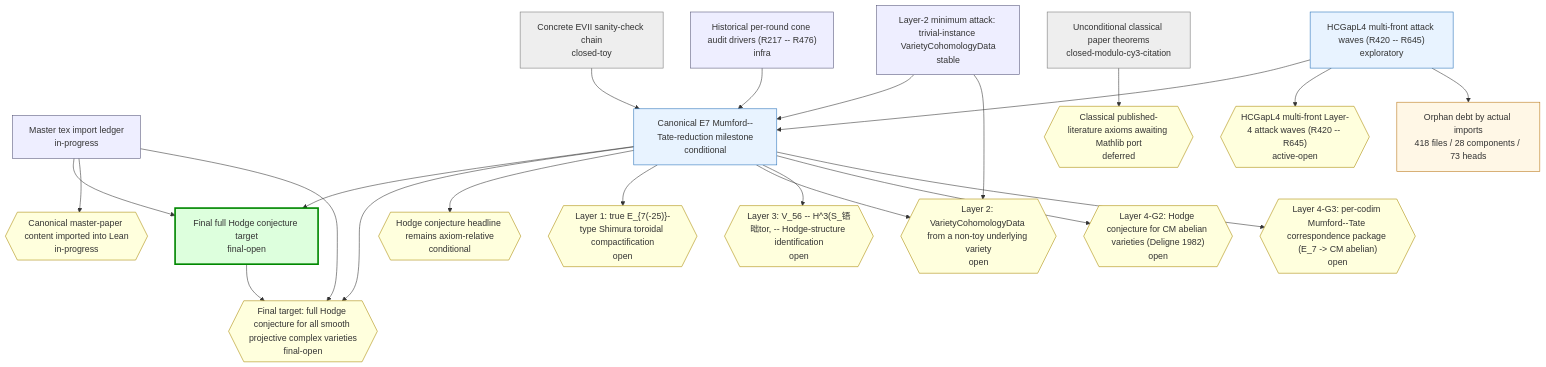
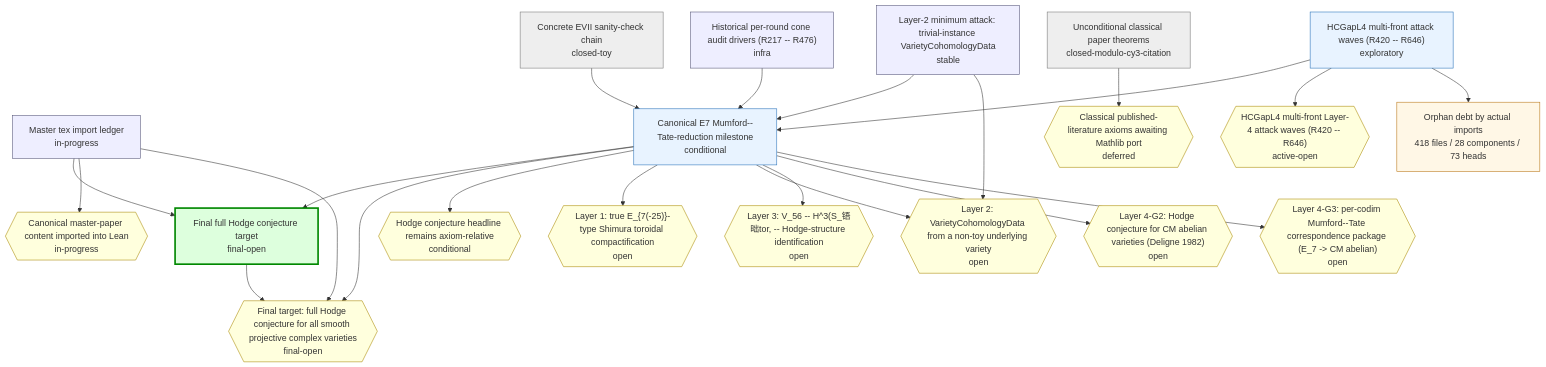
Before and after one commit to crabsatellite/hodge-conjecture-lean4-formalization: the first of 2 diagrams in chain-status/research-map.md, drawn with Mermaid. The commit also changed other lines of this file and 11 other files, not shown here.

````diff
--- a/chain-status/research-map.md
+++ b/chain-status/research-map.md
@@ -46,54 +46,54 @@
 ```mermaid
 graph TD
   classDef main fill:#dfd,stroke:#080,stroke-width:3px
   classDef active fill:#e8f3ff,stroke:#2670b8
   classDef support fill:#eef,stroke:#557
   classDef closed fill:#eee,stroke:#777
   classDef dead fill:#fdd,stroke:#a00,stroke-width:2px
   classDef gapOpen fill:#ffd,stroke:#a80
   classDef gapClosed fill:#eee,stroke:#777
   classDef gapDead fill:#fdd,stroke:#a00
   classDef debt fill:#fff7e6,stroke:#b87514
   classDef debtTaxonomy fill:#e8f3ff,stroke:#2670b8,stroke-dasharray:3 3
   classDef debtRule fill:#eefbea,stroke:#398439,stroke-dasharray:3 3
   classDef debtDead fill:#fdd,stroke:#a00,stroke-dasharray:3 3
   chain_full_hc_final_target["Final full Hodge conjecture target\nfinal-open"]:::main
   chain_master_paper_import_ledger["Master tex import ledger\nin-progress"]:::support
   chain_main_hc_axiom_relative["Canonical E7 Mumford--Tate-reduction milestone\nconditional"]:::active
   chain_unconditional_classical["Unconditional classical paper theorems\nclosed-modulo-cy3-citation"]:::closed
   chain_hcgap_l2_trivial_instances["Layer-2 minimum attack: trivial-instance VarietyCohomologyData\nstable"]:::support
-  chain_hcgap_l4_multifront_active["HCGapL4 multi-front attack waves (R420 -- R645)\nexploratory"]:::active
+  chain_hcgap_l4_multifront_active["HCGapL4 multi-front attack waves (R420 -- R646)\nexploratory"]:::active
   chain_concrete_evii_toy["Concrete EVII sanity-check chain\nclosed-toy"]:::closed
   chain_historical_cone_audits["Historical per-round cone audit drivers (R217 -- R476)\ninfra"]:::support
   gap_G_full_hc{{"Final target: full Hodge conjecture for all smooth projective complex varieties\nfinal-open"}}:::gapOpen
   gap_G_master_paper_import{{"Canonical master-paper content imported into Lean\nin-progress"}}:::gapOpen
   gap_G_main_hc{{"Hodge conjecture headline remains axiom-relative\nconditional"}}:::gapOpen
   gap_G_l1_e7_shimura_tor{{"Layer 1: true E_{7(-25)}-type Shimura toroidal compactification\nopen"}}:::gapOpen
   gap_G_l2_cohomology_construction{{"Layer 2: VarietyCohomologyData from a non-toy underlying variety\nopen"}}:::gapOpen
   gap_G_l3_v56_mt_identification{{"Layer 3: V_56 -- H^3(S_铻昢tor, -- Hodge-structure identification\nopen"}}:::gapOpen
   gap_G_l4_cm_abelian_hc{{"Layer 4-G2: Hodge conjecture for CM abelian varieties (Deligne 1982)\nopen"}}:::gapOpen
   gap_G_l4_mt_correspondence{{"Layer 4-G3: per-codim Mumford--Tate correspondence package (E_7 -> CM abelian)\nopen"}}:::gapOpen
   gap_G_classical_mathlib_port{{"Classical published-literature axioms awaiting Mathlib port\ndeferred"}}:::gapOpen
-  gap_G_hcgap_l4_multifront{{"HCGapL4 multi-front Layer-4 attack waves (R420 -- R645)\nactive-open"}}:::gapOpen
+  gap_G_hcgap_l4_multifront{{"HCGapL4 multi-front Layer-4 attack waves (R420 -- R646)\nactive-open"}}:::gapOpen
   chain_full_hc_final_target --> gap_G_full_hc
   chain_master_paper_import_ledger --> chain_full_hc_final_target
   chain_master_paper_import_ledger --> gap_G_master_paper_import
   chain_master_paper_import_ledger --> gap_G_full_hc
   chain_main_hc_axiom_relative --> chain_full_hc_final_target
   chain_main_hc_axiom_relative --> gap_G_full_hc
   chain_main_hc_axiom_relative --> gap_G_main_hc
   chain_main_hc_axiom_relative --> gap_G_l1_e7_shimura_tor
   chain_main_hc_axiom_relative --> gap_G_l2_cohomology_construction
   chain_main_hc_axiom_relative --> gap_G_l3_v56_mt_identification
   chain_main_hc_axiom_relative --> gap_G_l4_cm_abelian_hc
   chain_main_hc_axiom_relative --> gap_G_l4_mt_correspondence
   chain_unconditional_classical --> gap_G_classical_mathlib_port
   chain_hcgap_l2_trivial_instances --> chain_main_hc_axiom_relative
   chain_hcgap_l2_trivial_instances --> gap_G_l2_cohomology_construction
   chain_hcgap_l4_multifront_active --> chain_main_hc_axiom_relative
   chain_hcgap_l4_multifront_active --> gap_G_hcgap_l4_multifront
   chain_concrete_evii_toy --> chain_main_hc_axiom_relative
   chain_historical_cone_audits --> chain_main_hc_axiom_relative
   debt_all["Orphan debt by actual imports\n418 files / 28 components / 73 heads"]:::debt
   chain_hcgap_l4_multifront_active --> debt_all
 ```
````
